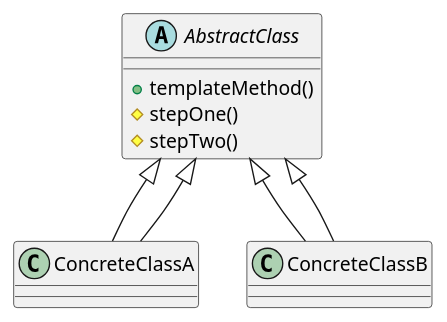
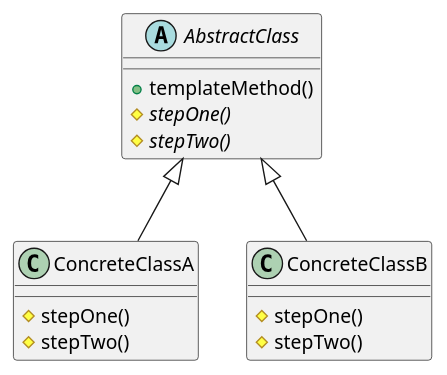
One commit to lpenap/java-patterns-and-constructs changed the diagram in src/main/java/com/penapereira/example/constructs/templatemethod/README.md. Above: the diagram before and after it, drawn with PlantUML. The commit also changed other lines of this file and 18 other files, not shown here.

Commit message:
Add descriptions and class diagrams for each pattern and problem

````diff
--- a/src/main/java/com/penapereira/example/constructs/templatemethod/README.md
+++ b/src/main/java/com/penapereira/example/constructs/templatemethod/README.md
@@ -6,13 +9,17 @@
 ```plantuml
 @startuml
 abstract class AbstractClass {
     +templateMethod()
+    #stepOne() {abstract}
+    #stepTwo() {abstract}
+}
+class ConcreteClassA extends AbstractClass {
     #stepOne()
     #stepTwo()
 }
-class ConcreteClassA extends AbstractClass
-class ConcreteClassB extends AbstractClass
-AbstractClass <|-- ConcreteClassA
-AbstractClass <|-- ConcreteClassB
+class ConcreteClassB extends AbstractClass {
+    #stepOne()
+    #stepTwo()
+}
 @enduml
 ```
````
